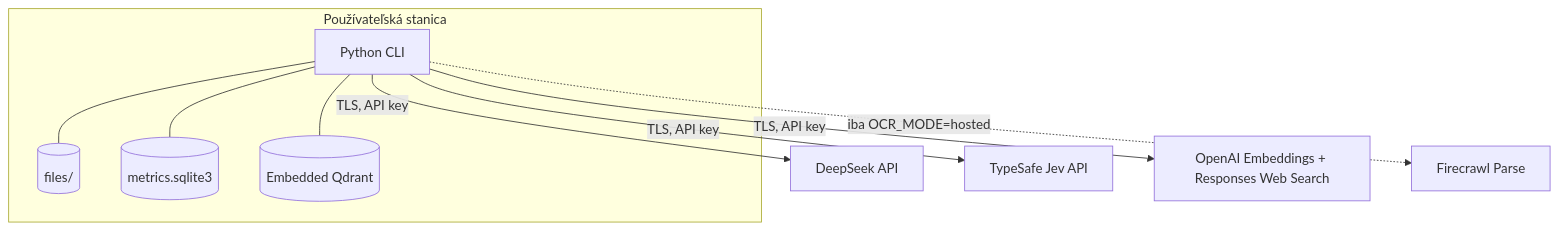
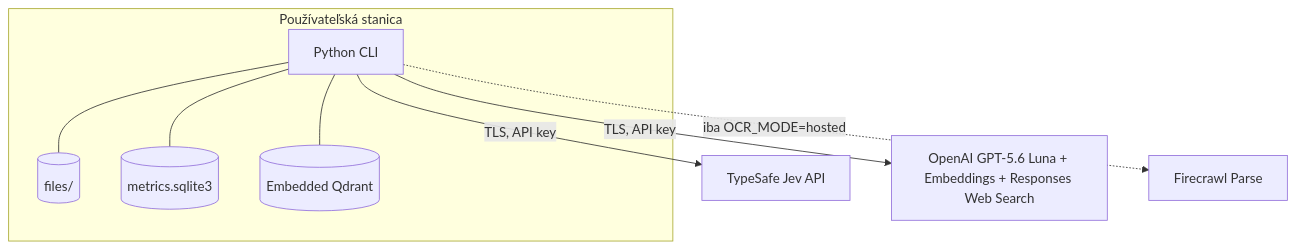
One commit to samuelbagin1/doc-ai-assistent changed the fourth of 4 diagrams in docs/ARCHITECTURE.md. Above: the diagram before and after it, drawn with Mermaid. The commit also changed other lines of this file, not shown here.

Commit message:
feat: show OpenAI answer model architecture ARCHITECTURE.md

````diff
--- a/docs/ARCHITECTURE.md
+++ b/docs/ARCHITECTURE.md
@@ -129,16 +129,15 @@
 ```mermaid
 flowchart TB
     subgraph Workstation[Používateľská stanica]
       CLI[Python CLI]
       FILES[(files/)]
       SQLITE[(metrics.sqlite3)]
       QLOCAL[(Embedded Qdrant)]
       CLI --- FILES
       CLI --- SQLITE
       CLI --- QLOCAL
     end
-    CLI -->|TLS, API key| DS[DeepSeek API]
     CLI -->|TLS, API key| TS[TypeSafe Jev API]
-    CLI -->|TLS, API key| OAI[OpenAI Embeddings + Responses Web Search]
+    CLI -->|TLS, API key| OAI[OpenAI GPT-5.6 Luna + Embeddings + Responses Web Search]
     CLI -. iba OCR_MODE=hosted .-> FC[Firecrawl Parse]
 ```
````
